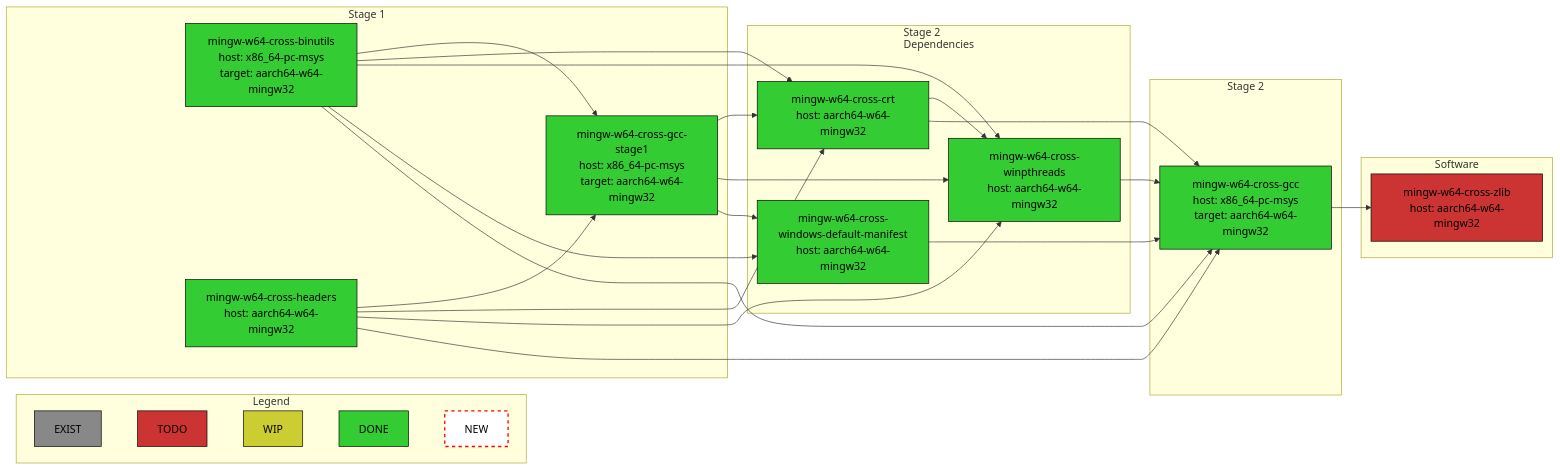
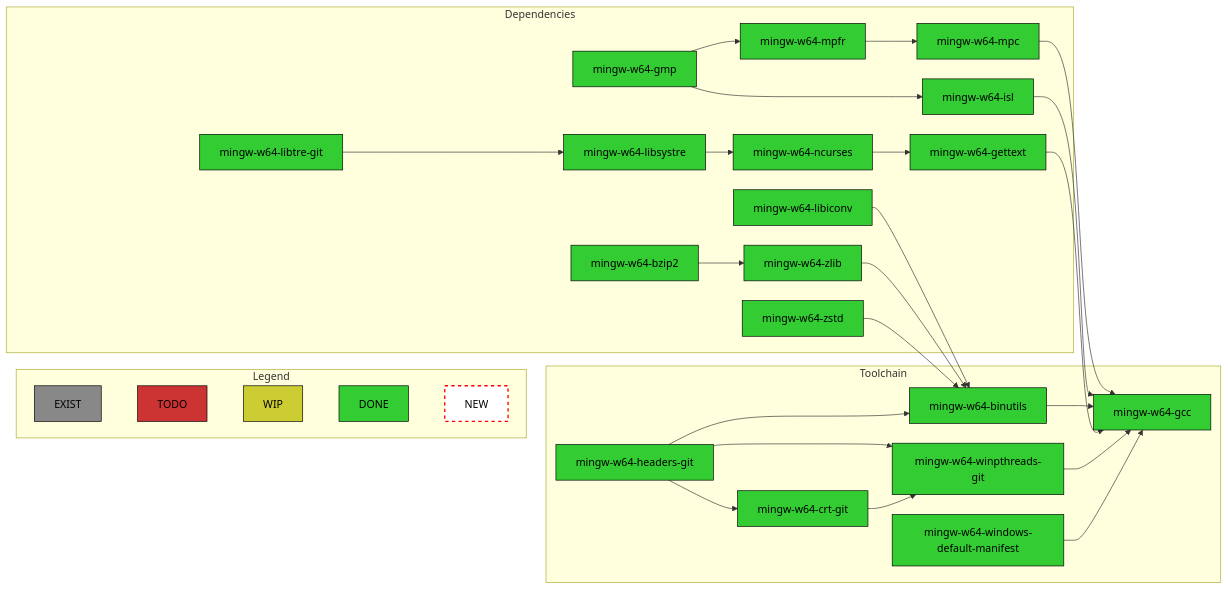
One commit to Windows-on-ARM-Experiments/msys2-woarm64-build changed the second of 4 diagrams in README.md. Above: the diagram before and after it, drawn with Mermaid. The commit also changed other lines of this file, not shown here.

````diff
--- a/README.md
+++ b/README.md
@@ -282,77 +159,110 @@
       EXIST:::EXIST ~~~ TODO:::TODO ~~~ WIP:::WIP ~~~ DONE:::DONE ~~~ NEW:::NEW
     end
 
-    mingw-w64-cross-binutils["`
-        mingw-w64-cross-binutils
-        host: x86_64-pc-msys
-        target: aarch64-w64-mingw32
-    `"]:::DONE
-    
-    mingw-w64-cross-gcc["`
-        mingw-w64-cross-gcc
-        host: x86_64-pc-msys
-        target: aarch64-w64-mingw32
+    mingw-w64-libiconv["`
+        mingw-w64-libiconv
     `"]:::DONE
 
-    mingw-w64-cross-gcc-stage1["`
-        mingw-w64-cross-gcc-stage1
-        host: x86_64-pc-msys
-        target: aarch64-w64-mingw32
+    mingw-w64-libtre-git["`
+        mingw-w64-libtre-git
     `"]:::DONE
 
-    mingw-w64-cross-crt["`
-        mingw-w64-cross-crt
-        host: aarch64-w64-mingw32
+    mingw-w64-libsystre["`
+        mingw-w64-libsystre
     `"]:::DONE
 
-    mingw-w64-cross-headers["`
-        mingw-w64-cross-headers
-        host: aarch64-w64-mingw32
+    mingw-w64-ncurses["`
+        mingw-w64-ncurses
     `"]:::DONE
 
-    mingw-w64-cross-winpthreads["`
-        mingw-w64-cross-winpthreads
-        host: aarch64-w64-mingw32
+    mingw-w64-gettext["`
+        mingw-w64-gettext
     `"]:::DONE
 
-    mingw-w64-cross-windows-default-manifest["`
-        mingw-w64-cross-windows-default-manifest
-        host: aarch64-w64-mingw32
+    mingw-w64-headers-git["`
+        mingw-w64-headers-git
     `"]:::DONE
 
-    mingw-w64-cross-zlib["`
-        mingw-w64-cross-zlib
-        host: aarch64-w64-mingw32
-    `"]:::TODO
+    mingw-w64-crt-git["`
+        mingw-w64-crt-git
+    `"]:::DONE
 
-    subgraph Stage 1
-        mingw-w64-cross-binutils --> mingw-w64-cross-gcc-stage1
-        mingw-w64-cross-headers --> mingw-w64-cross-gcc-stage1
+    mingw-w64-winpthreads-git["`
+        mingw-w64-winpthreads-git
+    `"]:::DONE
+
+    mingw-w64-bzip2["`
+        mingw-w64-bzip2
+    `"]:::DONE
+
+    mingw-w64-zlib["`
+        mingw-w64-zlib
+    `"]:::DONE
+
+    mingw-w64-zstd["`
+        mingw-w64-zstd
+    `"]:::DONE
+
+    mingw-w64-gmp["`
+        mingw-w64-gmp
+    `"]:::DONE
+
+    mingw-w64-mpfr["`
+        mingw-w64-mpfr
+    `"]:::DONE
+
+    mingw-w64-isl["`
+        mingw-w64-isl
+    `"]:::DONE
+
+    mingw-w64-binutils["`
+        mingw-w64-binutils
+    `"]:::DONE
+
+    mingw-w64-mpc["`
+        mingw-w64-mpc
+    `"]:::DONE
+
+    mingw-w64-windows-default-manifest["`
+        mingw-w64-windows-default-manifest
+    `"]:::DONE
+
+    mingw-w64-gcc["`
+        mingw-w64-gcc
+    `"]:::DONE
+
+    subgraph Dependencies
+        mingw-w64-libiconv
+
+        mingw-w64-libtre-git --> mingw-w64-libsystre
+        mingw-w64-libsystre --> mingw-w64-ncurses
+        mingw-w64-ncurses --> mingw-w64-gettext
+
+        mingw-w64-gmp --> mingw-w64-mpfr
+        mingw-w64-gmp --> mingw-w64-isl
+        mingw-w64-mpfr --> mingw-w64-mpc
+
+        mingw-w64-bzip2 --> mingw-w64-zlib
+
+        mingw-w64-zstd 
     end
 
-    subgraph Stage 2\nDependencies
-        mingw-w64-cross-gcc-stage1 --> mingw-w64-cross-crt
-        mingw-w64-cross-binutils --> mingw-w64-cross-crt
-        mingw-w64-cross-headers --> mingw-w64-cross-crt
-        
-        mingw-w64-cross-gcc-stage1 --> mingw-w64-cross-winpthreads
-        mingw-w64-cross-binutils --> mingw-w64-cross-winpthreads
-        mingw-w64-cross-crt --> mingw-w64-cross-winpthreads
-        mingw-w64-cross-headers --> mingw-w64-cross-winpthreads
+    subgraph Toolchain
+        mingw-w64-libiconv --> mingw-w64-binutils
+        mingw-w64-zlib --> mingw-w64-binutils
+        mingw-w64-zstd --> mingw-w64-binutils
 
-        mingw-w64-cross-gcc-stage1 --> mingw-w64-cross-windows-default-manifest
-        mingw-w64-cross-binutils --> mingw-w64-cross-windows-default-manifest
+        mingw-w64-headers-git --> mingw-w64-binutils
+        mingw-w64-headers-git --> mingw-w64-crt-git
+        mingw-w64-headers-git --> mingw-w64-winpthreads-git
+
+        mingw-w64-crt-git --> mingw-w64-winpthreads-git
+
+        mingw-w64-mpc --> mingw-w64-gcc
+        mingw-w64-isl --> mingw-w64-gcc
+        mingw-w64-binutils --> mingw-w64-gcc
+        mingw-w64-gettext --> mingw-w64-gcc
+        mingw-w64-winpthreads-git --> mingw-w64-gcc
+        mingw-w64-windows-default-manifest --> mingw-w64-gcc
     end
-
-    subgraph Stage 2
-        mingw-w64-cross-binutils --> mingw-w64-cross-gcc
-        mingw-w64-cross-crt --> mingw-w64-cross-gcc
-        mingw-w64-cross-headers --> mingw-w64-cross-gcc
-        mingw-w64-cross-winpthreads --> mingw-w64-cross-gcc
-        mingw-w64-cross-windows-default-manifest --> mingw-w64-cross-gcc
-    end
-
-    subgraph Software
-       mingw-w64-cross-gcc --> mingw-w64-cross-zlib 
-    end  
 ```
````
